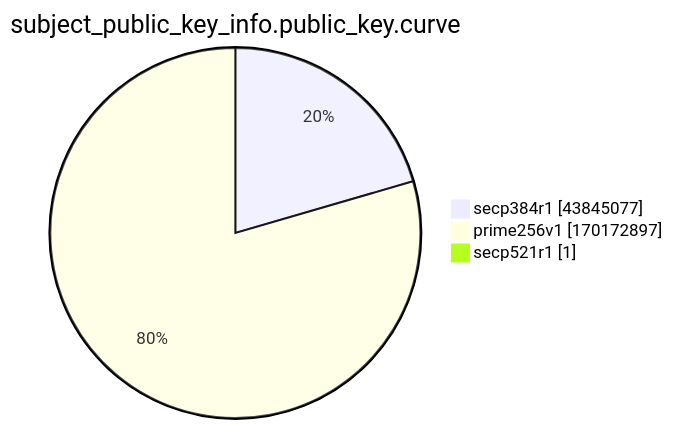
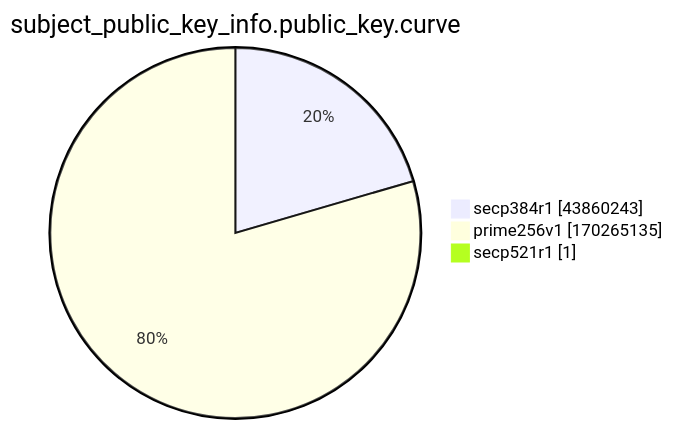
Before and after one commit to christiankrug/ctmonitor_visualization: the ninth of 15 diagrams in xenon2022/README.md, drawn with Mermaid. The commit also changed other lines of this file, not shown here.

````diff
--- a/xenon2022/README.md
+++ b/xenon2022/README.md
@@ -2871,7 +2871,7 @@
 ```mermaid
 pie showData
 title subject_public_key_info.public_key.curve
-"secp384r1" :43845077
-"prime256v1" :170172897
+"secp384r1" :43860243
+"prime256v1" :170265135
 "secp521r1" :1
 ```
````
